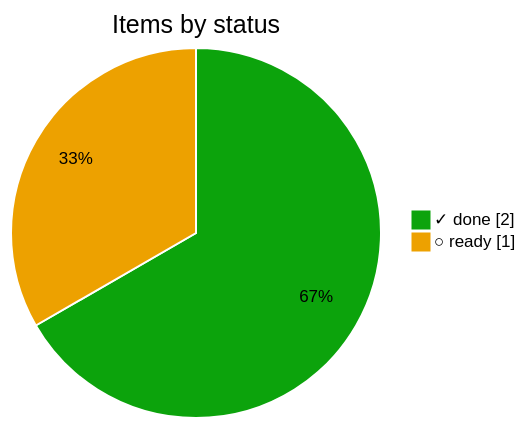
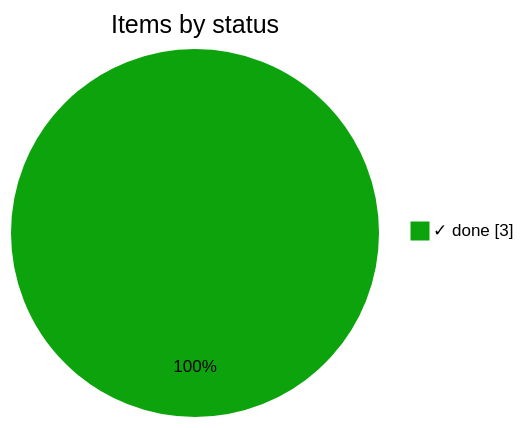
Before and after one commit to bvraghav/pmtrack: the diagram in docs/core.md, drawn with Mermaid. The commit also changed other lines of this file and 5 other files, not shown here.

````diff
--- a/docs/core.md
+++ b/docs/core.md
@@ -18,6 +18,5 @@
 ```mermaid
-%%{init: {"themeVariables": {"pie1": "#0ca30c", "pie2": "#eda100", "pieOpacity": "1", "pieSectionTextColor": "#000", "pieStrokeColor": "#fff", "pieStrokeWidth": "2px", "pieOuterStrokeWidth": "0px"}}}%%
+%%{init: {"themeVariables": {"pie1": "#0ca30c", "pieOpacity": "1", "pieSectionTextColor": "#000", "pieStrokeColor": "#fff", "pieStrokeWidth": "2px", "pieOuterStrokeWidth": "0px"}}}%%
 pie showData title Items by status
-  "✓ done" : 2
-  "○ ready" : 1
+  "✓ done" : 3
 ```
````
